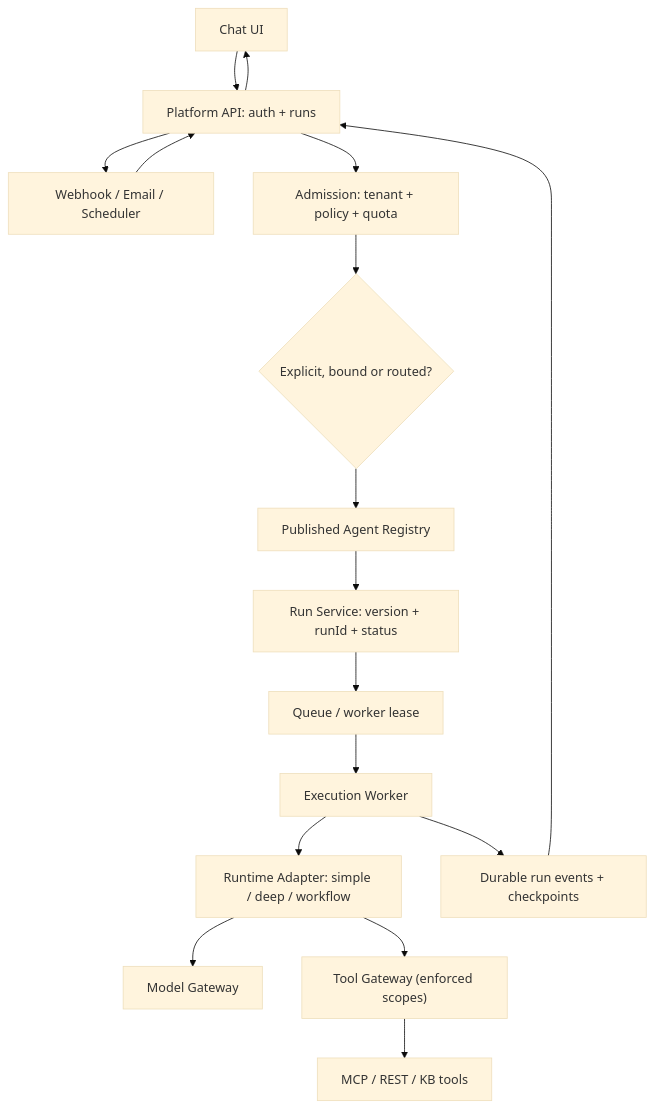
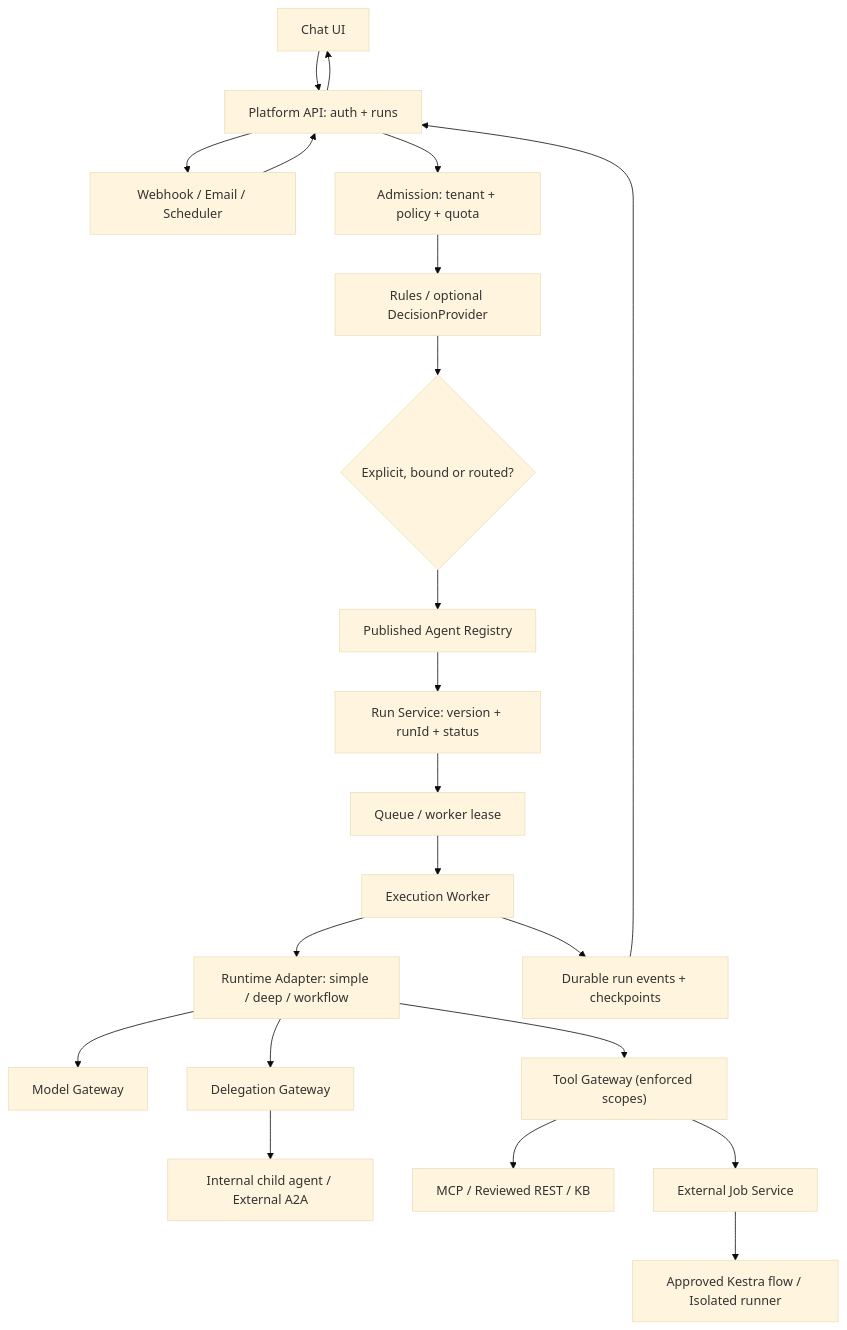
One commit to buianhtai/buianhtai.github.io changed the diagram in docs/agent-platform/README.md. Above: the diagram before and after it, drawn with Mermaid (base theme). The commit also changed other lines of this file, not shown here.

Commit message:
docs: index extensible tools, A2A delegation, decisions and worked example

```diff
--- a/docs/agent-platform/README.md
+++ b/docs/agent-platform/README.md
@@ -35,19 +48,24 @@
 ~~~mermaid
 flowchart TB
     CHAT["Chat UI"] --> API["Platform API: auth + runs"]
     HOOK["Webhook / Email / Scheduler"] --> API
     API --> ADMISSION["Admission: tenant + policy + quota"]
-    ADMISSION --> ROUTER{"Explicit, bound or routed?"}
+    ADMISSION --> DEC["Rules / optional DecisionProvider"]
+    DEC --> ROUTER{"Explicit, bound or routed?"}
     ROUTER --> REG["Published Agent Registry"]
     REG --> RUNS["Run Service: version + runId + status"]
     RUNS --> QUEUE["Queue / worker lease"]
     QUEUE --> WORKER["Execution Worker"]
     WORKER --> ENGINE["Runtime Adapter: simple / deep / workflow"]
     ENGINE --> MODEL["Model Gateway"]
     ENGINE --> GW["Tool Gateway (enforced scopes)"]
-    GW --> TOOLS["MCP / REST / KB tools"]
+    ENGINE --> DELEGATE["Delegation Gateway"]
+    DELEGATE --> CHILD["Internal child agent / External A2A"]
+    GW --> TOOLS["MCP / Reviewed REST / KB"]
+    GW --> JOB["External Job Service"]
+    JOB --> RUNNER["Approved Kestra flow / Isolated runner"]
     WORKER --> EVENTS["Durable run events + checkpoints"]
     EVENTS --> API
     API --> CHAT
     API --> HOOK
 ~~~
```
